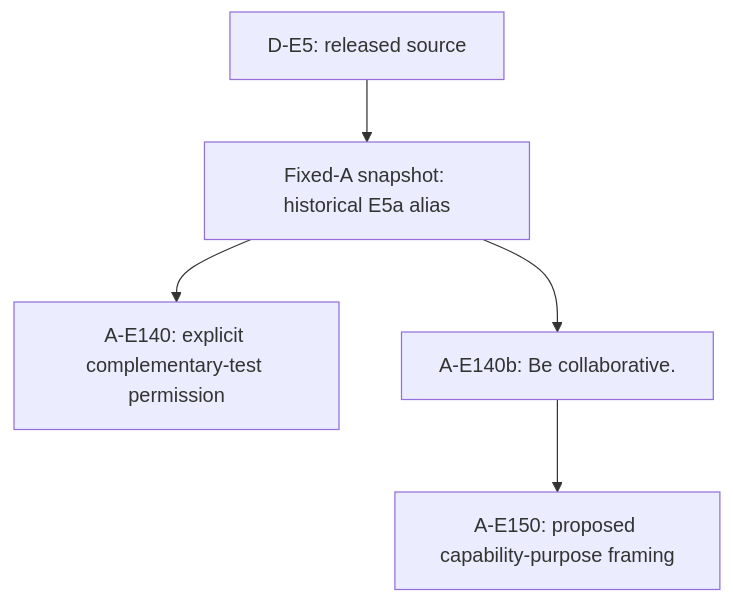
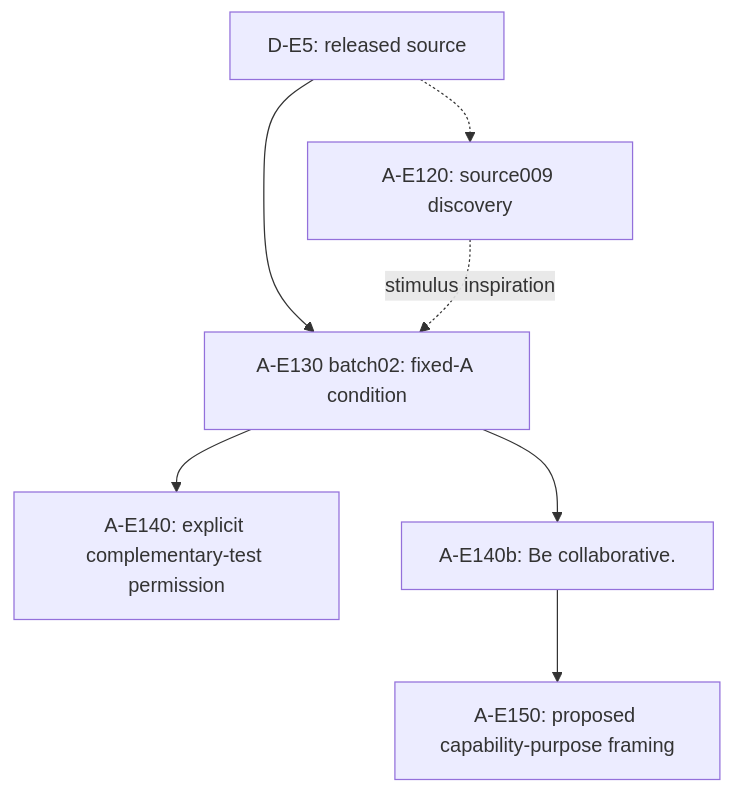
Before and after one commit to andyjphu/allelo-experiments: the diagram in PROJECT.md, drawn with Mermaid. The commit also changed other lines of this file, not shown here.

Commit message:
Label Allelo ancestry with official A-E120 and A-E130 codes

````diff
--- a/PROJECT.md
+++ b/PROJECT.md
@@ -37,7 +37,9 @@
 ```mermaid
 flowchart TD
-    source["D-E5: released source"] --> fixed["Fixed-A snapshot: historical E5a alias"]
+    source["D-E5: released source"] --> fixed["A-E130 batch02: fixed-A condition"]
+    source -.-> discovery["A-E120: source009 discovery"]
+    discovery -. stimulus inspiration .-> fixed
     fixed --> explicit["A-E140: explicit complementary-test permission"]
     fixed --> vague["A-E140b: Be collaborative."]
     vague --> proposed["A-E150: proposed capability-purpose framing"]
 ```
````
